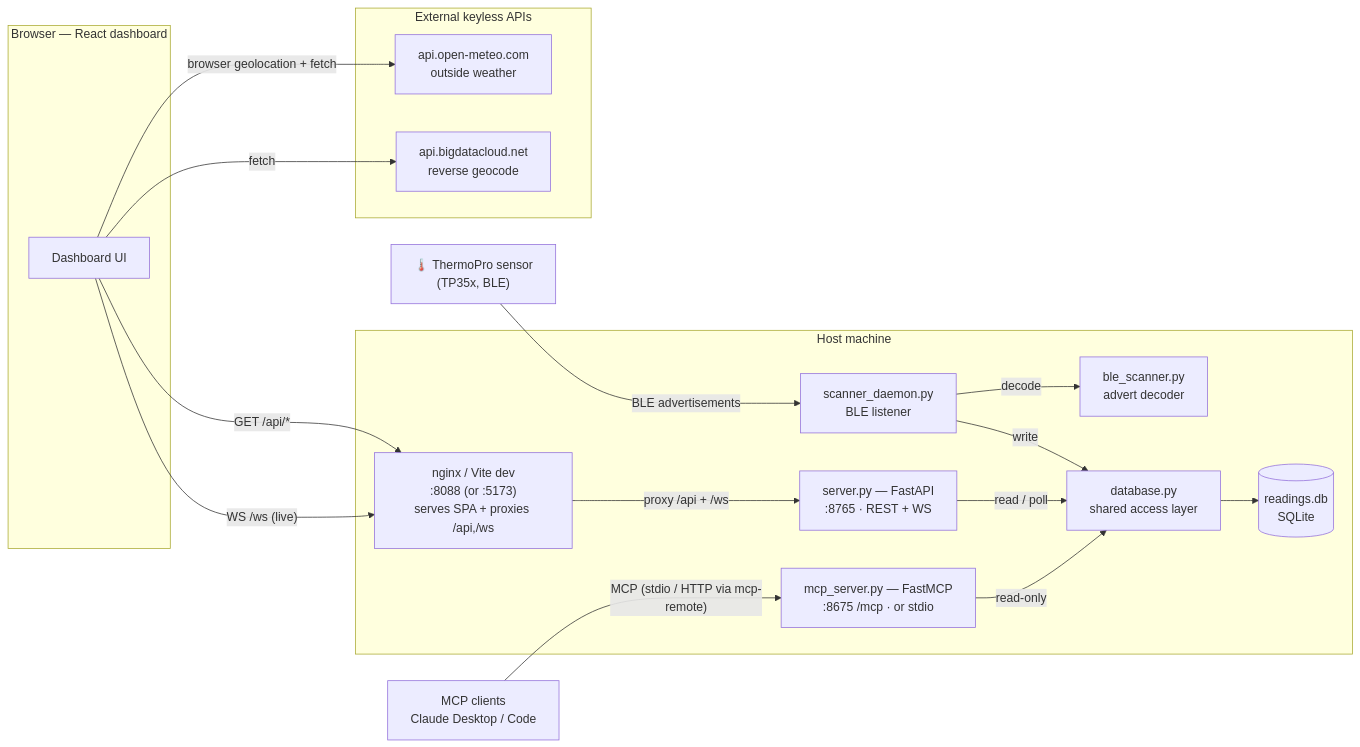
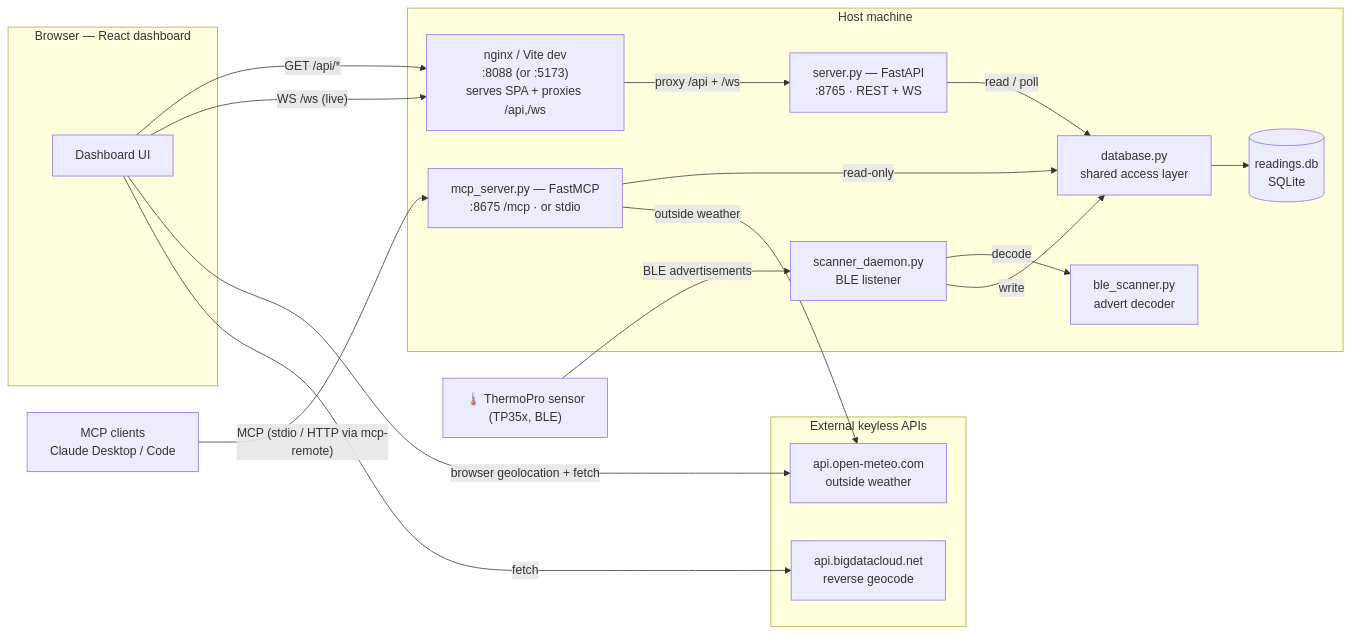
The diagram in README.md (brbousnguar/termo-track), drawn with Mermaid before and after one commit. The commit also changed other lines of this file and 3 other files, not shown here.

Commit message:
feat: add outdoor weather fetching and comparison tools with Open-Meteo integration

````diff
--- a/README.md
+++ b/README.md
@@ -22,40 +22,41 @@
 ```mermaid
 flowchart LR
     sensor["🌡️ ThermoPro sensor<br/>(TP35x, BLE)"]
 
     subgraph host["Host machine"]
         scanner["scanner_daemon.py<br/>BLE listener"]
         ble["ble_scanner.py<br/>advert decoder"]
         dbmod["database.py<br/>shared access layer"]
         db[("readings.db<br/>SQLite")]
         api["server.py — FastAPI<br/>:8765 · REST + WS"]
         mcp["mcp_server.py — FastMCP<br/>:8675 /mcp · or stdio"]
         web["nginx / Vite dev<br/>:8088 (or :5173)<br/>serves SPA + proxies /api,/ws"]
     end
 
     subgraph browser["Browser — React dashboard"]
         ui["Dashboard UI"]
     end
 
     subgraph ext["External keyless APIs"]
         meteo["api.open-meteo.com<br/>outside weather"]
         geo["api.bigdatacloud.net<br/>reverse geocode"]
     end
 
     clients["MCP clients<br/>Claude Desktop / Code"]
 
     sensor -- "BLE advertisements" --> scanner
     scanner -- "decode" --> ble
     scanner -- "write" --> dbmod
     dbmod --> db
     api -- "read / poll" --> dbmod
     mcp -- "read-only" --> dbmod
 
     ui -- "GET /api/*" --> web
     ui -- "WS /ws (live)" --> web
     web -- "proxy /api + /ws" --> api
     ui -- "browser geolocation + fetch" --> meteo
     ui -- "fetch" --> geo
+    mcp -- "outside weather" --> meteo
 
     clients -- "MCP (stdio / HTTP via mcp-remote)" --> mcp
 ```
````
